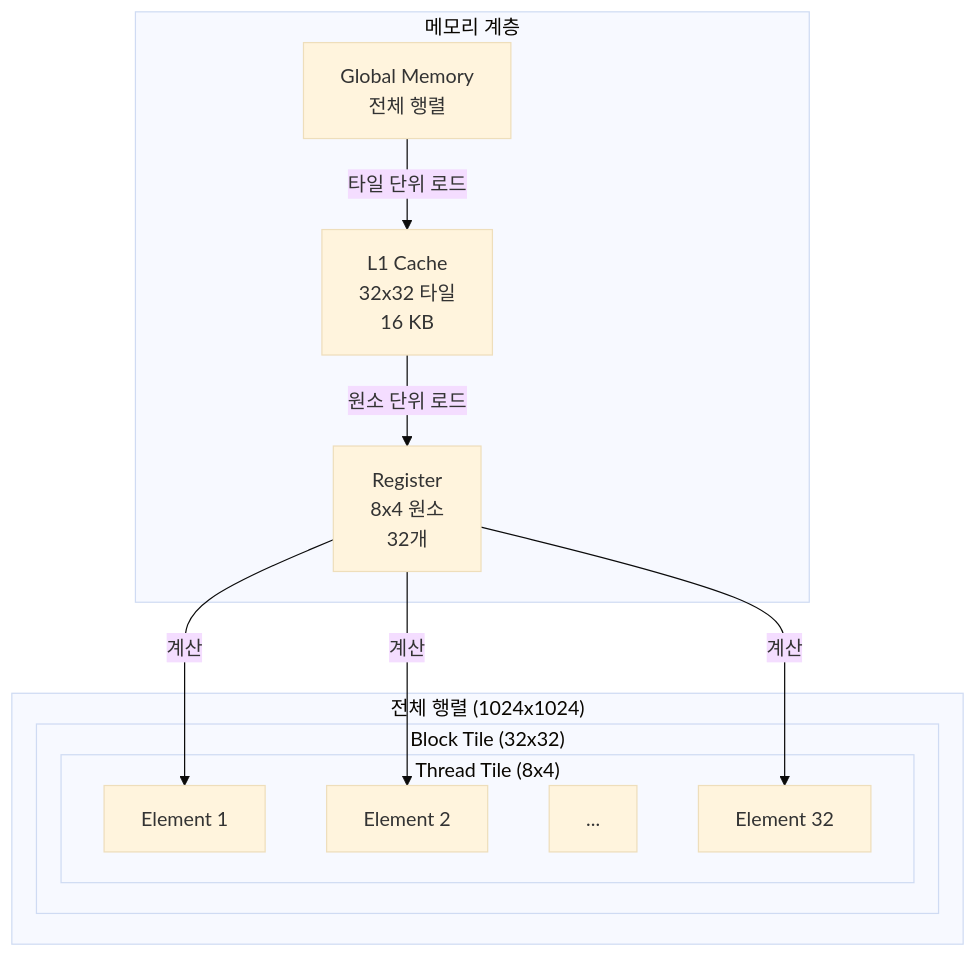
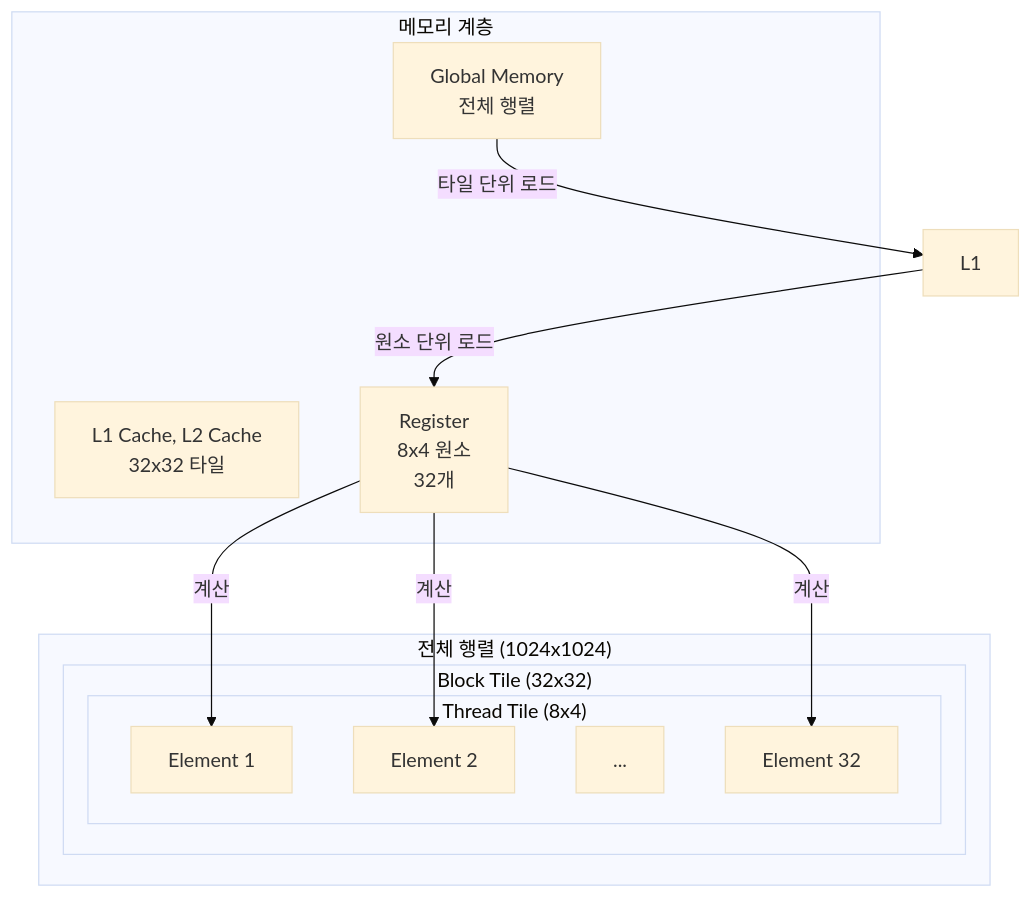
One commit to kimm240/kimm240.github.io changed the diagram in _posts/2025-12-02-tvm-matmul-optimization-step2.md. Above: the diagram before and after it, drawn with Mermaid (base theme). The commit also changed other lines of this file and 1 other file, not shown here.

````diff
--- a/_posts/2025-12-02-tvm-matmul-optimization-step2.md
+++ b/_posts/2025-12-02-tvm-matmul-optimization-step2.md
@@ -144,25 +144,25 @@
 ```mermaid
 graph TB
     subgraph "전체 행렬 (1024x1024)"
         subgraph "Block Tile (32x32)"
             subgraph "Thread Tile (8x4)"
                 E1[Element 1]
                 E2[Element 2]
                 E3[...]
                 E32[Element 32]
             end
         end
     end
     
     subgraph "메모리 계층"
         GM[Global Memory<br/>전체 행렬]
-        L1[L1 Cache<br/>32x32 타일<br/>16 KB]
+        CACHE[L1 Cache, L2 Cache<br/>32x32 타일<br/>]
         REG[Register<br/>8x4 원소<br/>32개]
     end
     
     GM -->|타일 단위 로드| L1
     L1 -->|원소 단위 로드| REG
     REG -->|계산| E1
     REG -->|계산| E2
     REG -->|계산| E32
 ```
````
